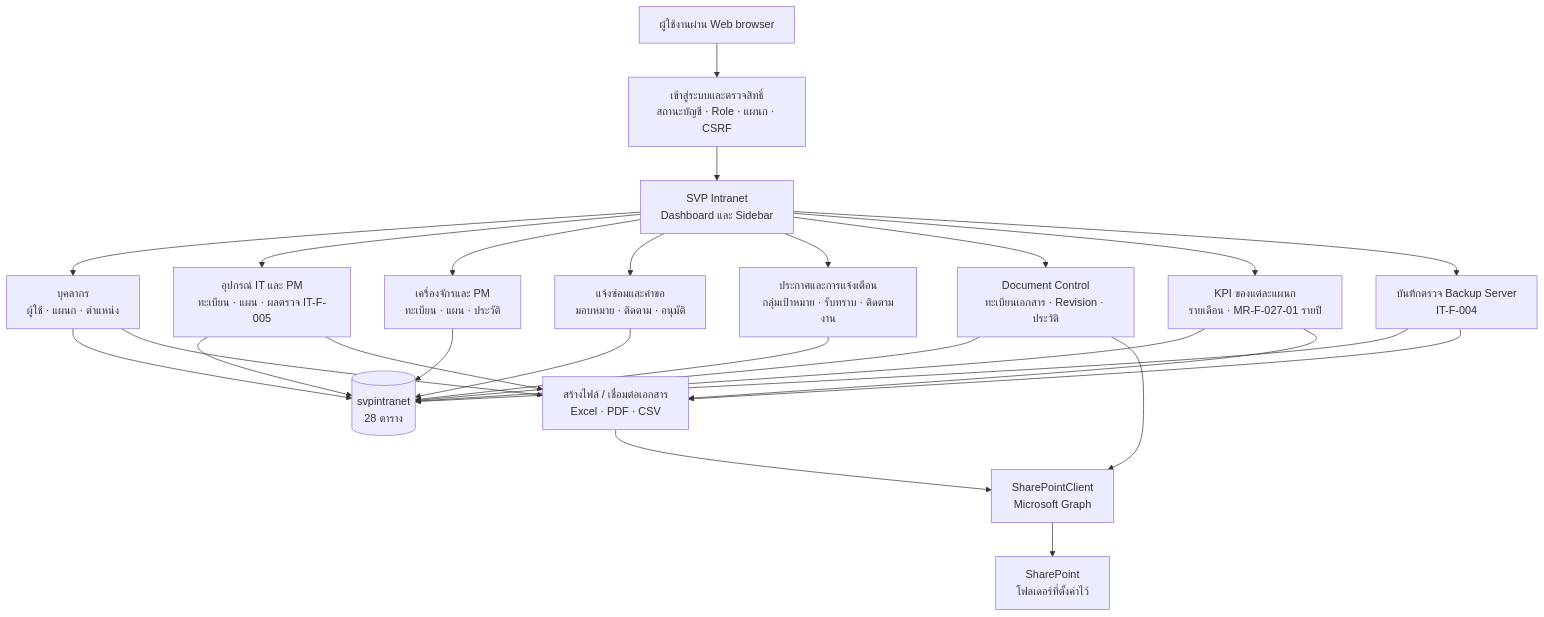
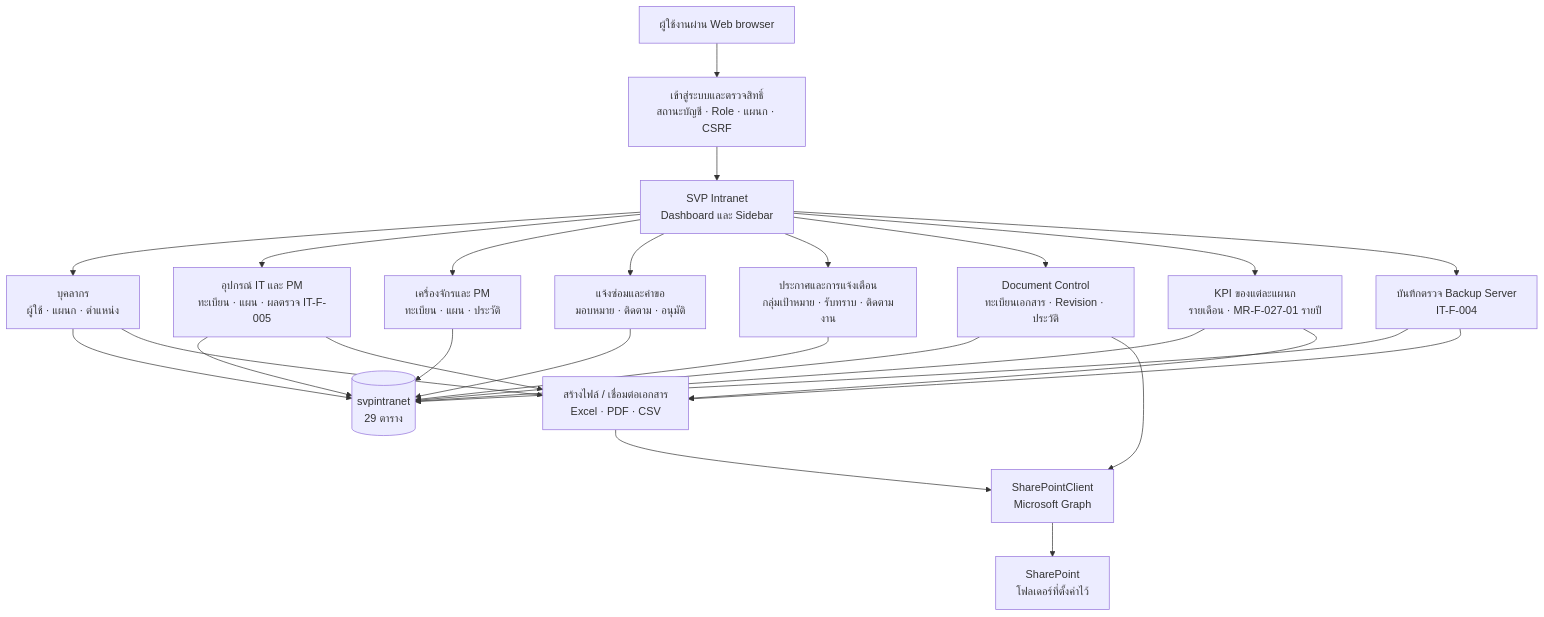
One commit to svpitcom/svp_intranet changed the diagram in docs/diagrams/01-system.mmd. Above: the diagram before and after it, drawn with Mermaid. The commit also changed 28 other files, not shown here.

```diff
--- a/docs/diagrams/01-system.mmd
+++ b/docs/diagrams/01-system.mmd
@@ -1,41 +1,41 @@
 flowchart TB
     U["ผู้ใช้งานผ่าน Web browser"]
     A["เข้าสู่ระบบและตรวจสิทธิ์<br/>สถานะบัญชี · Role · แผนก · CSRF"]
     H["SVP Intranet<br/>Dashboard และ Sidebar"]
     PEOPLE["บุคลากร<br/>ผู้ใช้ · แผนก · ตำแหน่ง"]
     IT["อุปกรณ์ IT และ PM<br/>ทะเบียน · แผน · ผลตรวจ IT-F-005"]
     MACHINE["เครื่องจักรและ PM<br/>ทะเบียน · แผน · ประวัติ"]
     WORK["แจ้งซ่อมและคำขอ<br/>มอบหมาย · ติดตาม · อนุมัติ"]
     COMMS["ประกาศและการแจ้งเตือน<br/>กลุ่มเป้าหมาย · รับทราบ · ติดตามงาน"]
     DCC["Document Control<br/>ทะเบียนเอกสาร · Revision · ประวัติ"]
     KPI["KPI ของแต่ละแผนก<br/>รายเดือน · MR-F-027-01 รายปี"]
     BACKUP["บันทึกตรวจ Backup Server<br/>IT-F-004"]
-    DB[("svpintranet<br/>28 ตาราง")]
+    DB[("svpintranet<br/>29 ตาราง")]
     EXPORT["สร้างไฟล์ / เชื่อมต่อเอกสาร<br/>Excel · PDF · CSV"]
     GRAPH["SharePointClient<br/>Microsoft Graph"]
     SP["SharePoint<br/>โฟลเดอร์ที่ตั้งค่าไว้"]
     U --> A
     A --> H
     H --> PEOPLE
     H --> IT
     H --> MACHINE
     H --> WORK
     H --> COMMS
     H --> DCC
     H --> KPI
     H --> BACKUP
     PEOPLE --> DB
     IT --> DB
     MACHINE --> DB
     WORK --> DB
     COMMS --> DB
     DCC --> DB
     KPI --> DB
     BACKUP --> DB
     IT --> EXPORT
     KPI --> EXPORT
     BACKUP --> EXPORT
     PEOPLE --> EXPORT
     EXPORT --> GRAPH
     DCC --> GRAPH
     GRAPH --> SP
```
